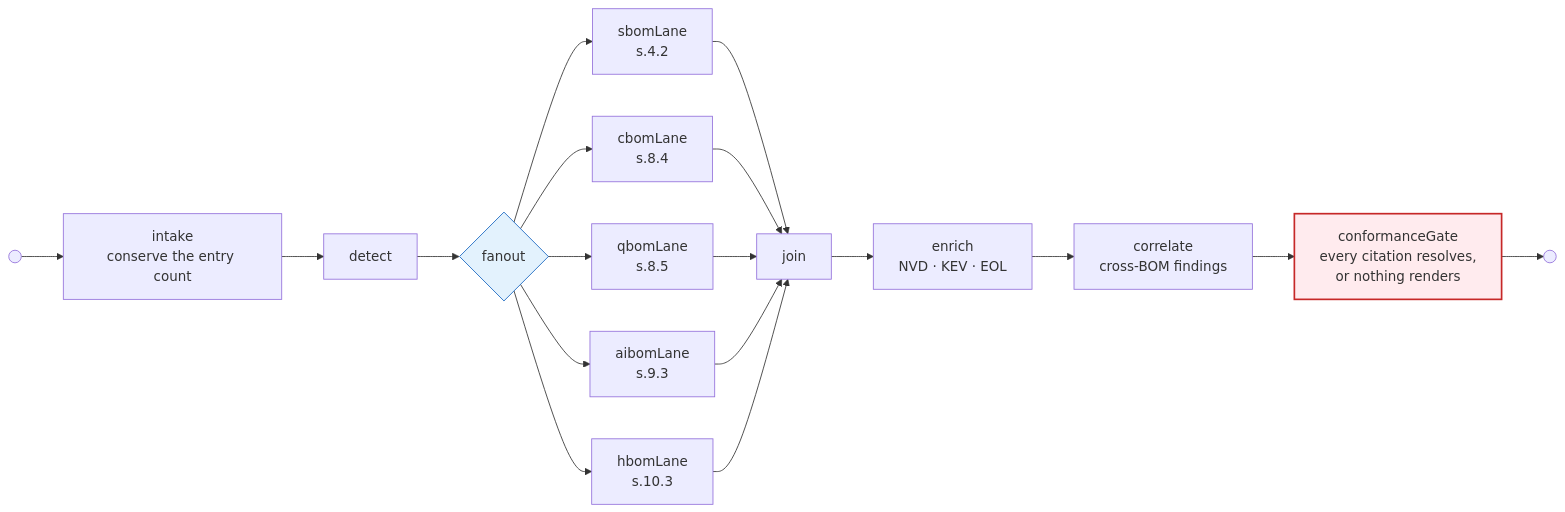
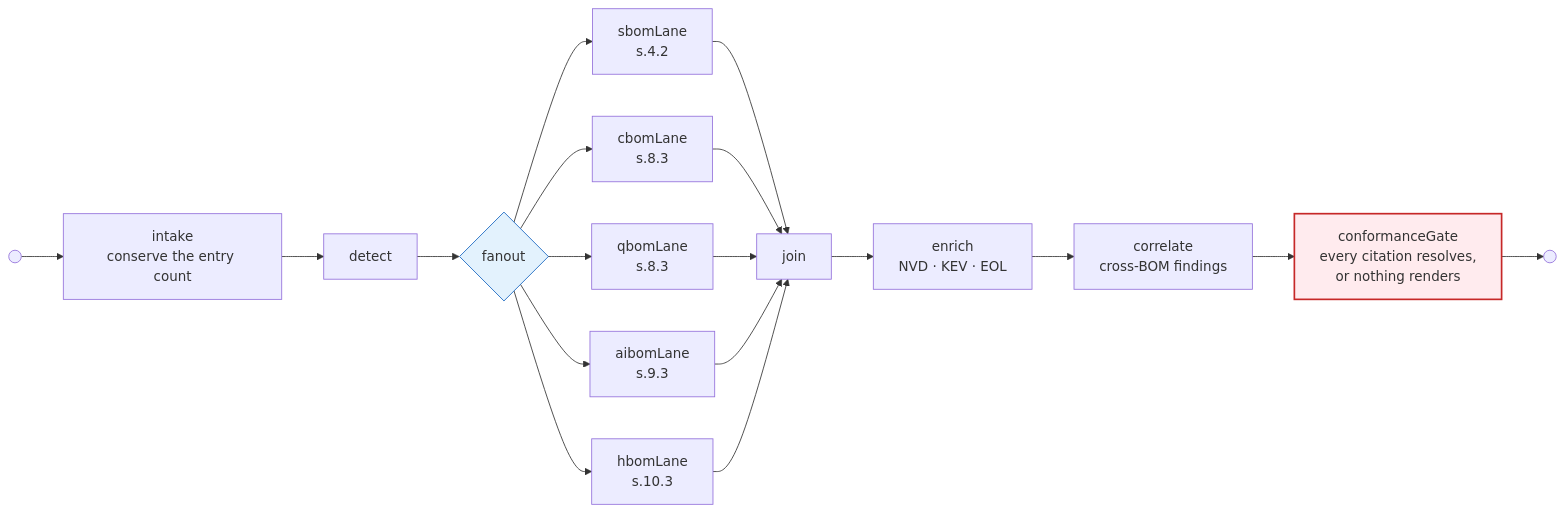
One commit to shubhamjha16/BOM_Automation changed the second of 2 diagrams in README.md. Above: the diagram before and after it, drawn with Mermaid. The commit also changed other lines of this file and 25 other files, not shown here.

````diff
--- a/README.md
+++ b/README.md
@@ -76,26 +76,26 @@
 ```mermaid
 graph LR
     START(( )) --> INTAKE[intake<br/>conserve the entry count]
     INTAKE --> DETECT[detect]
     DETECT --> FANOUT{fanout}
 
     FANOUT --> SBOM[sbomLane<br/>s.4.2]
-    FANOUT --> CBOM[cbomLane<br/>s.8.4]
-    FANOUT --> QBOM[qbomLane<br/>s.8.5]
+    FANOUT --> CBOM[cbomLane<br/>s.8.3]
+    FANOUT --> QBOM[qbomLane<br/>s.8.3]
     FANOUT --> AIBOM[aibomLane<br/>s.9.3]
     FANOUT --> HBOM[hbomLane<br/>s.10.3]
 
     SBOM --> JOIN[join]
     CBOM --> JOIN
     QBOM --> JOIN
     AIBOM --> JOIN
     HBOM --> JOIN
 
     JOIN --> ENRICH[enrich<br/>NVD · KEV · EOL]
     ENRICH --> CORR[correlate<br/>cross-BOM findings]
     CORR --> GATE[conformanceGate<br/>every citation resolves,<br/>or nothing renders]
     GATE --> END(( ))
 
     style GATE fill:#ffebee,stroke:#c62828,stroke-width:2px
     style FANOUT fill:#e3f2fd,stroke:#1565c0
 ```
````
